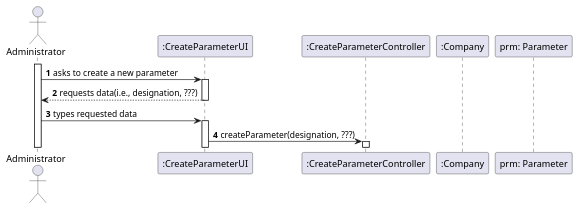
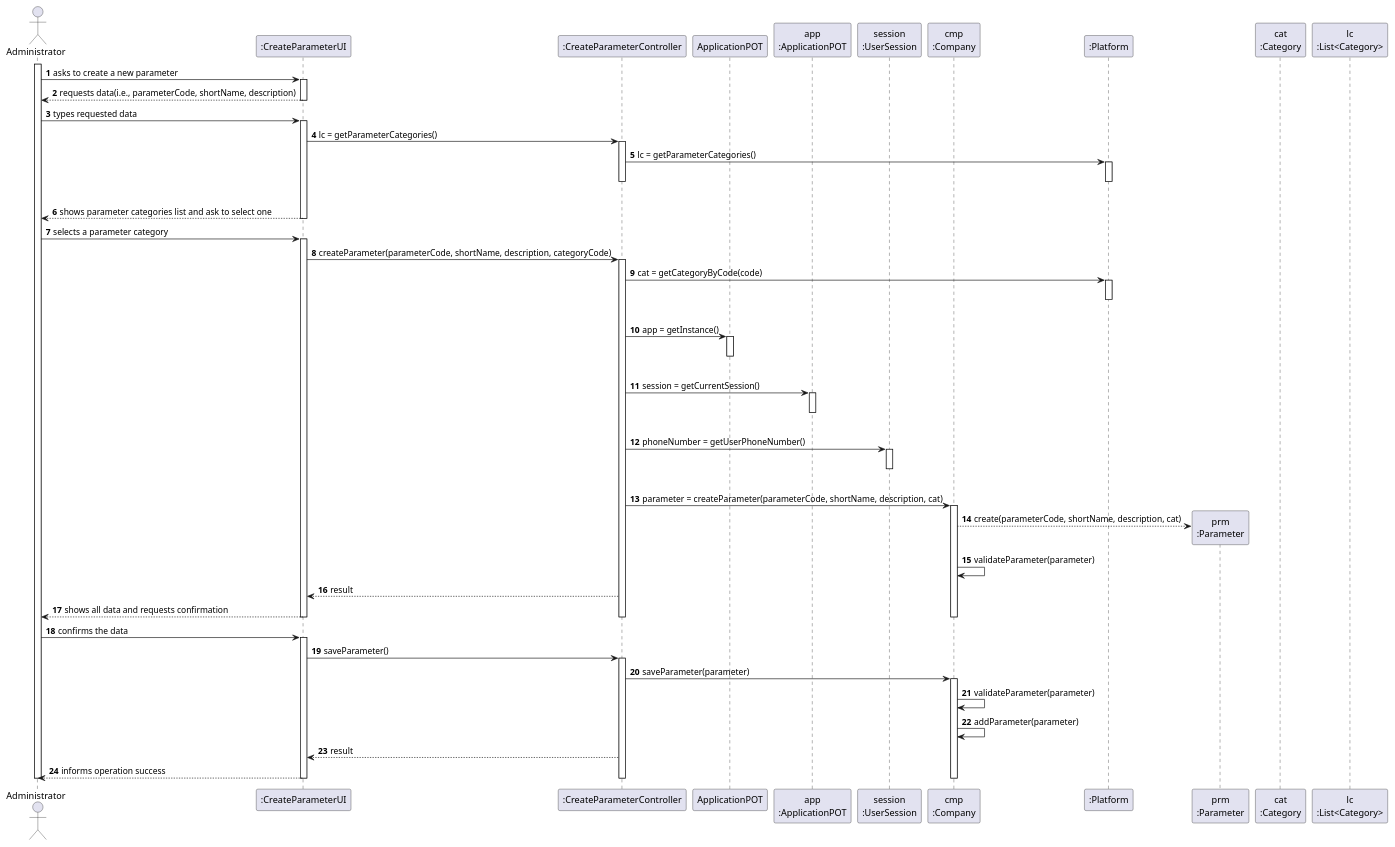
One commit to ana-albergaria/LAPR2-ISEP changed the diagram in docs/SprintB/US_10/US10_SD.puml. Above: the diagram before and after it, drawn with PlantUML. The commit also changed 3 other files, not shown here.

```diff
--- a/docs/SprintB/US_10/US10_SD.puml
+++ b/docs/SprintB/US_10/US10_SD.puml
@@ -1,23 +1,99 @@
 @startuml
 autonumber
 'hide footbox
 actor "Administrator" as ADM
 
 participant ":CreateParameterUI" as UI
 participant ":CreateParameterController" as CTRL
-participant ":Company" as CMP
-participant "prm: Parameter" as PRM
+participant "ApplicationPOT" as _APP
+participant "app\n:ApplicationPOT" as APP
+participant "session\n:UserSession" as SESSION
+participant "cmp\n:Company" as CMP
+participant ":Platform" as PLAT
+participant "prm\n:Parameter" as PRM
+participant "cat\n:Category" as CAT
+participant "lc\n:List<Category>" as LIST_CAT
 
 activate ADM
 ADM -> UI : asks to create a new parameter
 activate UI
-UI --> ADM : requests data(i.e., designation, ???)
+UI --> ADM : requests data(i.e., parameterCode, shortName, description)
 deactivate UI
 
 ADM -> UI : types requested data
 activate UI
 
-UI -> CTRL : createParameter(designation, ???)
+UI -> CTRL : lc = getParameterCategories()
 activate CTRL
 
+CTRL -> PLAT : lc = getParameterCategories()
+activate PLAT
+|||
+deactivate PLAT
+deactivate CTRL
+
+UI --> ADM : shows parameter categories list and ask to select one
+deactivate PLAT
+deactivate UI
+
+ADM -> UI : selects a parameter category
+activate UI
+
+UI -> CTRL : createParameter(parameterCode, shortName, description, categoryCode)
+activate CTRL
+
+CTRL -> PLAT : cat = getCategoryByCode(code)
+activate PLAT
+|||
+deactivate PLAT
+
+CTRL -> _APP: app = getInstance()
+activate _APP
+|||
+deactivate _APP
+
+CTRL -> APP: session = getCurrentSession()
+activate APP
+|||
+deactivate APP
+
+CTRL -> SESSION: phoneNumber = getUserPhoneNumber()
+activate SESSION
+|||
+deactivate SESSION
+
+CTRL -> CMP: parameter = createParameter(parameterCode, shortName, description, cat)
+activate CMP
+
+CMP --> PRM**: create(parameterCode, shortName, description, cat)
+CMP -> CMP: validateParameter(parameter)
+
+CTRL --> UI: result
+
+UI --> ADM: shows all data and requests confirmation
+deactivate CMP
+deactivate PLAT
+deactivate CTRL
+deactivate UI
+
+ADM -> UI : confirms the data
+activate UI
+UI -> CTRL : saveParameter()
+activate CTRL
+
+CTRL -> CMP : saveParameter(parameter)
+activate CMP
+
+CMP -> CMP: validateParameter(parameter)
+CMP -> CMP: addParameter(parameter)
+
+CTRL --> UI: result
+
+UI --> ADM : informs operation success
+deactivate CMP
+deactivate CTRL
+deactivate UI
+
+deactivate ADM
+
 @enduml
```
